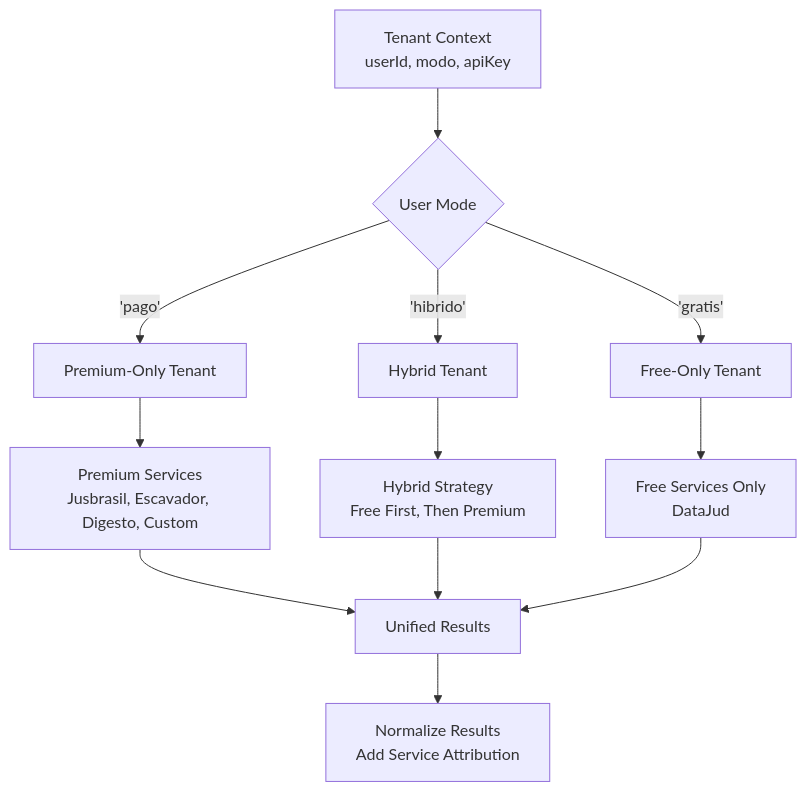
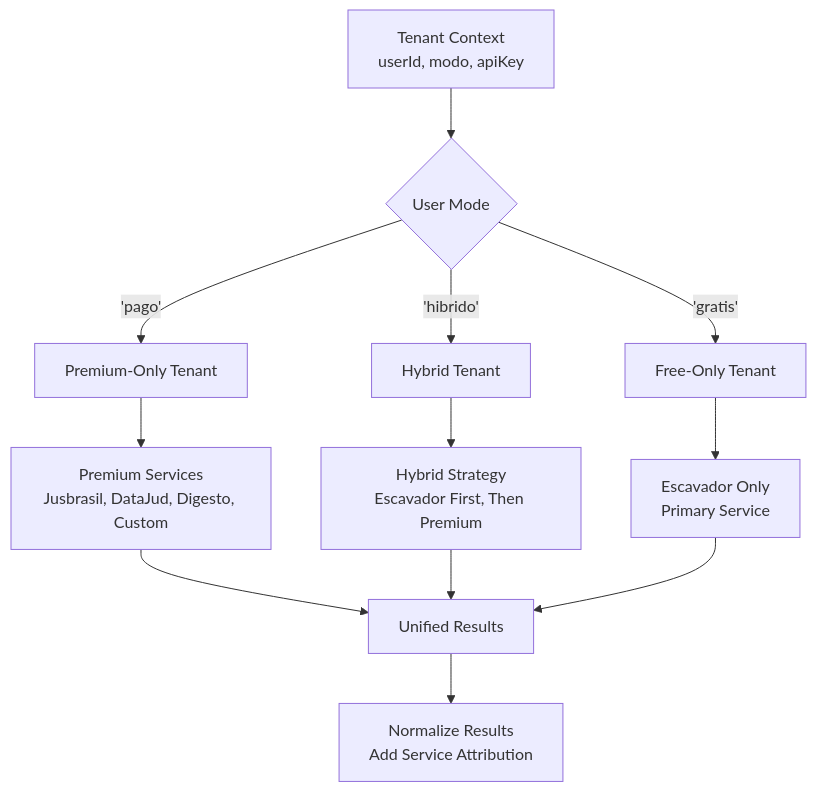
The tenth of 16 diagrams in .qoder/repowiki/en/content/API Integration Layer/API Integration Layer.md (Alexandrexicara/bot-processos), drawn with Mermaid before and after one commit. The commit also changed other lines of this file and 10 other files, not shown here.

````diff
--- a/.qoder/repowiki/en/content/API Integration Layer/API Integration Layer.md
+++ b/.qoder/repowiki/en/content/API Integration Layer/API Integration Layer.md
@@ -568,14 +551,14 @@
 ```mermaid
 flowchart TD
 Tenant["Tenant Context<br/>userId, modo, apiKey"] --> Mode{"User Mode"}
 Mode --> |'pago'| PaidTenant["Premium-Only Tenant"]
 Mode --> |'hibrido'| HybridTenant["Hybrid Tenant"]
 Mode --> |'gratis'| FreeTenant["Free-Only Tenant"]
-PaidTenant --> PaidServices["Premium Services<br/>Jusbrasil, Escavador, Digesto, Custom"]
-HybridTenant --> HybridStrategy["Hybrid Strategy<br/>Free First, Then Premium"]
-FreeTenant --> FreeServices["Free Services Only<br/>DataJud"]
+PaidTenant --> PaidServices["Premium Services<br/>Jusbrasil, DataJud, Digesto, Custom"]
+HybridTenant --> HybridStrategy["Hybrid Strategy<br/>Escavador First, Then Premium"]
+FreeTenant --> EscavadorOnly["Escavador Only<br/>Primary Service"]
 PaidServices --> Result["Unified Results"]
 HybridStrategy --> Result
-FreeServices --> Result
+EscavadorOnly --> Result
 Result --> Normalize["Normalize Results<br/>Add Service Attribution"]
 ```
````
